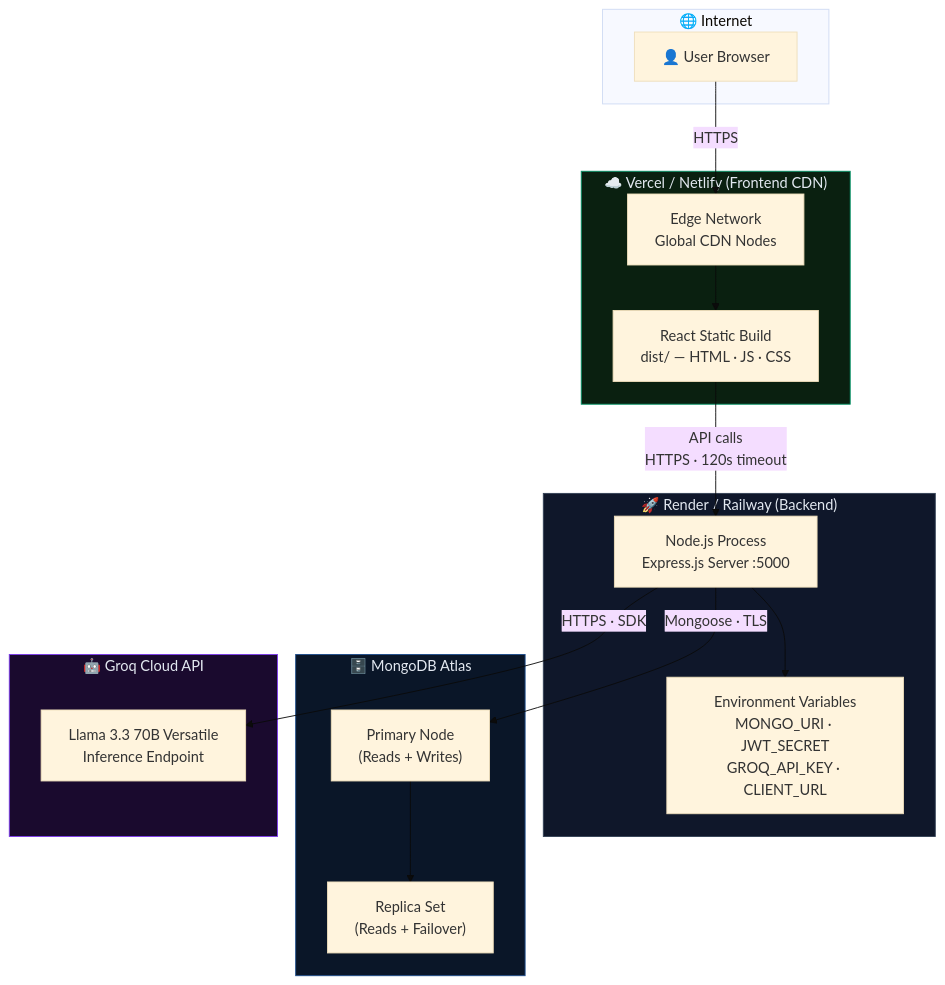
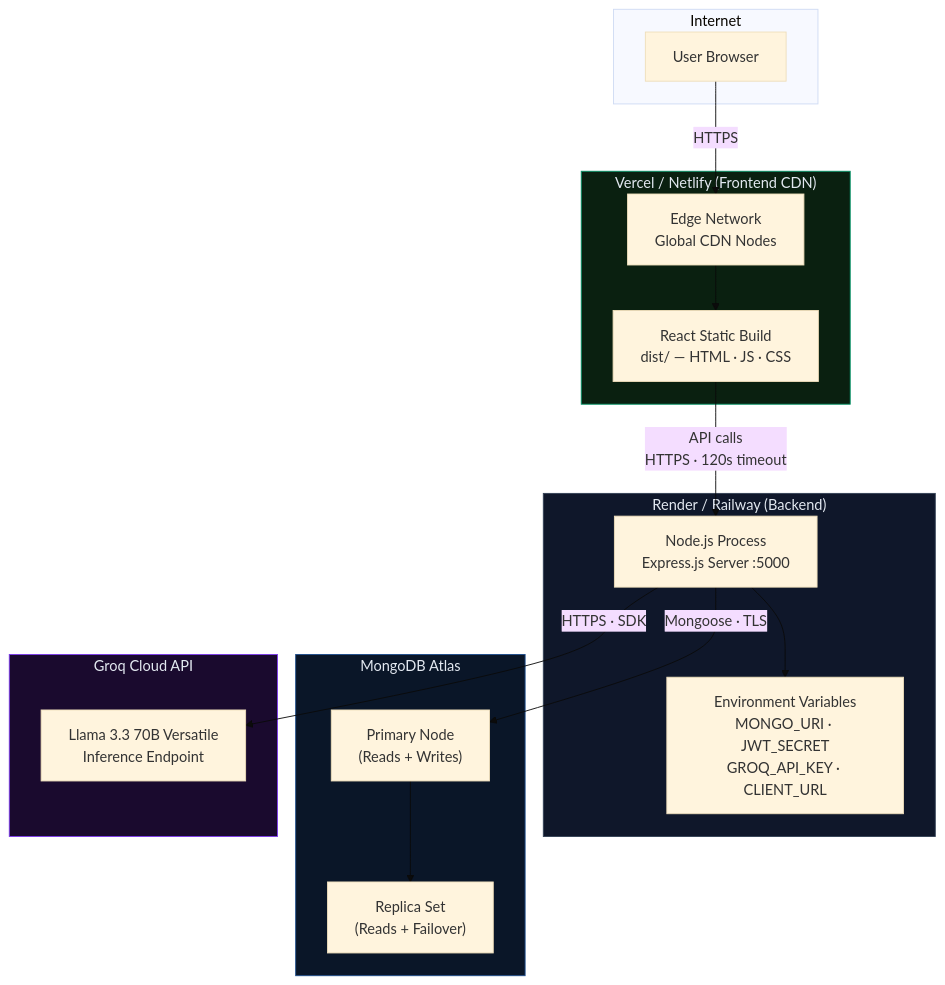
One commit to mjjaiavinash/Multi-Agent-Personal-Finance-Companion changed diagram 20 of 20 in ARCHITECTURE.md. Above: the diagram before and after it, drawn with Mermaid (base theme). The commit also changed other lines of this file and 2 other files, not shown here.

Commit message:
Remove emojis from README, PRESENTATION, and ARCHITECTURE documentation

````diff
--- a/ARCHITECTURE.md
+++ b/ARCHITECTURE.md
@@ -861,38 +861,38 @@
 ```mermaid
 graph TB
-    subgraph INTERNET["🌐 Internet"]
-        USER_B["👤 User Browser"]
+    subgraph INTERNET["Internet"]
+        USER_B["User Browser"]
     end
 
-    subgraph CDN["☁️ Vercel / Netlify (Frontend CDN)"]
+    subgraph CDN["Vercel / Netlify (Frontend CDN)"]
         STATIC["React Static Build\ndist/ — HTML · JS · CSS"]
         EDGE["Edge Network\nGlobal CDN Nodes"]
     end
 
-    subgraph BACKEND_HOST["🚀 Render / Railway (Backend)"]
+    subgraph BACKEND_HOST["Render / Railway (Backend)"]
         NODE["Node.js Process\nExpress.js Server :5000"]
         ENV_VARS["Environment Variables\nMONGO_URI · JWT_SECRET\nGROQ_API_KEY · CLIENT_URL"]
     end
 
-    subgraph MONGO_ATLAS["🗄️ MongoDB Atlas"]
+    subgraph MONGO_ATLAS["MongoDB Atlas"]
         PRIMARY["Primary Node\n(Reads + Writes)"]
         REPLICA["Replica Set\n(Reads + Failover)"]
     end
 
-    subgraph GROQ_CLOUD["🤖 Groq Cloud API"]
+    subgraph GROQ_CLOUD["Groq Cloud API"]
         LLAMA["Llama 3.3 70B Versatile\nInference Endpoint"]
     end
 
     USER_B -->|"HTTPS"| EDGE
     EDGE --> STATIC
     STATIC -->|"API calls\nHTTPS · 120s timeout"| NODE
     NODE -->|"Mongoose · TLS"| PRIMARY
     PRIMARY --> REPLICA
     NODE -->|"HTTPS · SDK"| LLAMA
     NODE --> ENV_VARS
 
     style CDN fill:#0a2010,stroke:#059669,color:#e2e8f0
     style BACKEND_HOST fill:#0f172a,stroke:#334155,color:#e2e8f0
     style MONGO_ATLAS fill:#0a1628,stroke:#1e4d8c,color:#e2e8f0
     style GROQ_CLOUD fill:#1a0a2e,stroke:#7c3aed,color:#e2e8f0
 ```
````
